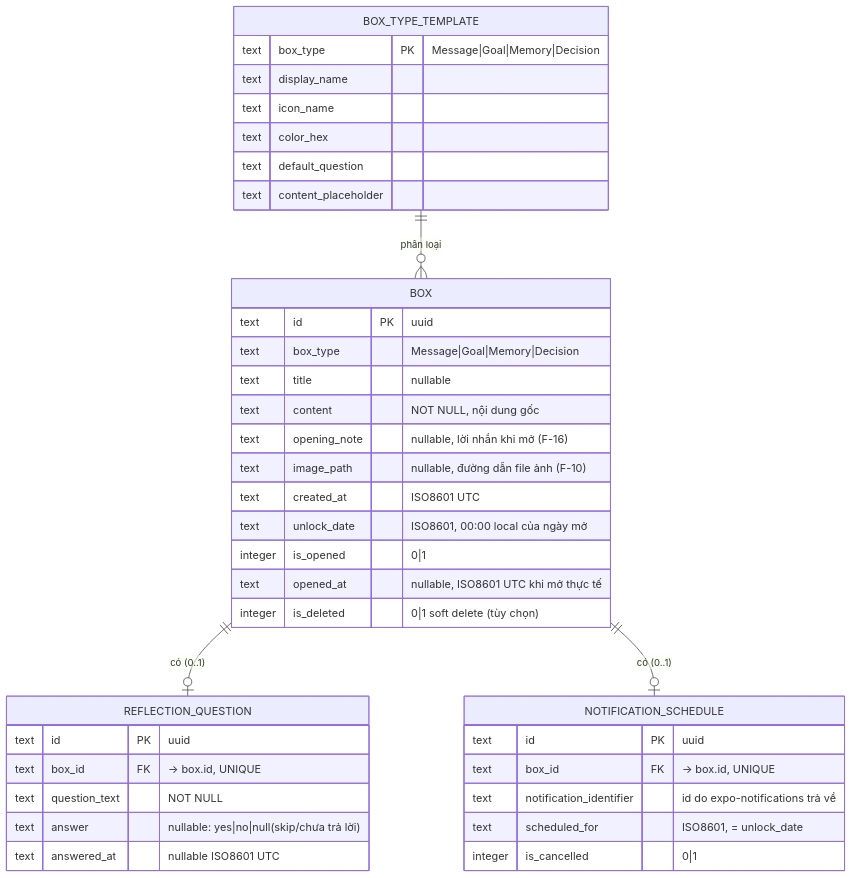
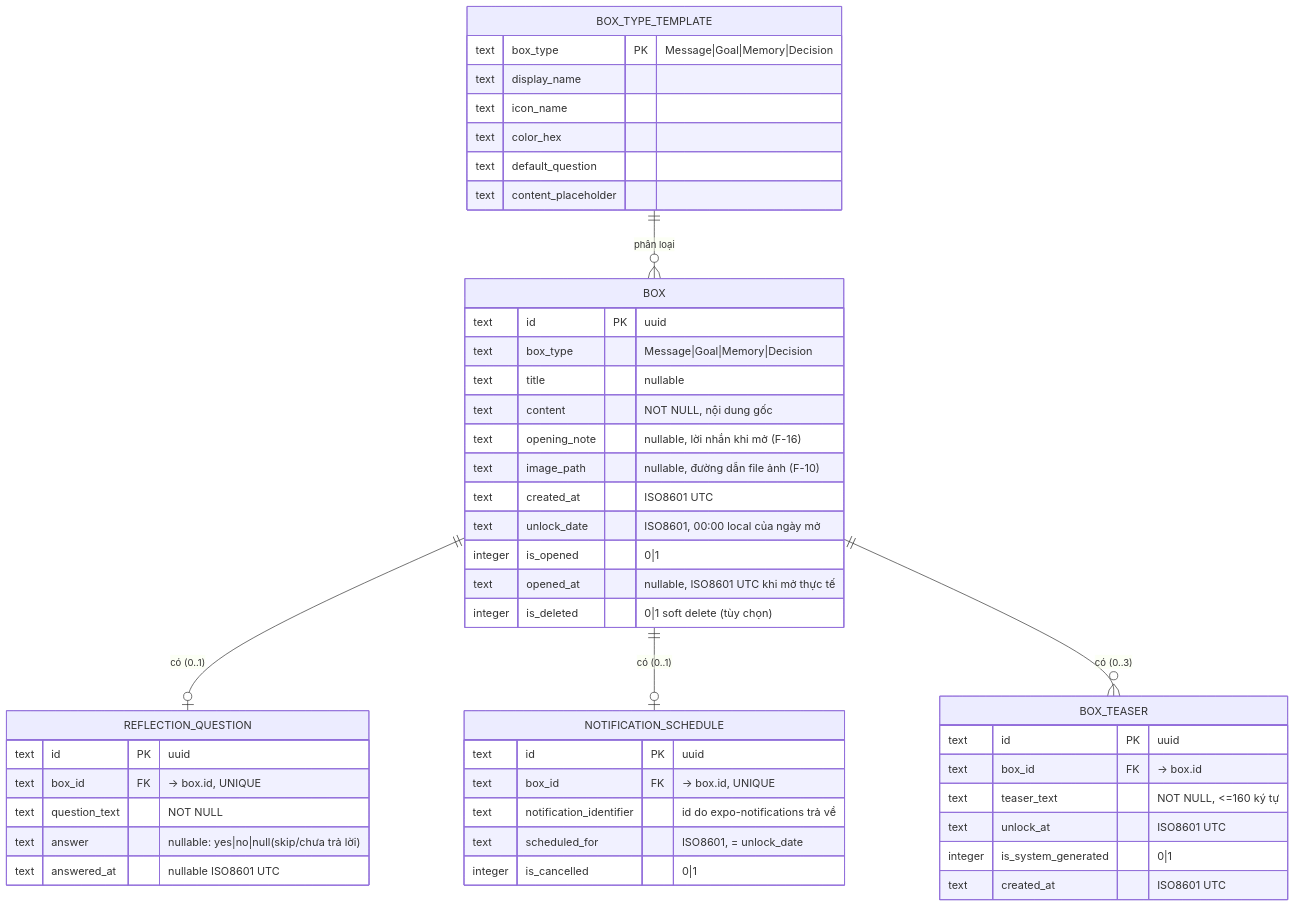
The first of 2 diagrams in design/database/schema.md (datngyn95/future_box_v1), drawn with Mermaid before and after one commit. The commit also changed other lines of this file and 9 other files, not shown here.

First line of the commit message:
feat(teaser): F-30 Mystery Teaser — box_teaser table + create/locked/home UI

````diff
--- a/design/database/schema.md
+++ b/design/database/schema.md
@@ -79,45 +80,55 @@
 ```mermaid
 erDiagram
     BOX ||--o| REFLECTION_QUESTION : "có (0..1)"
     BOX ||--o| NOTIFICATION_SCHEDULE : "có (0..1)"
+    BOX ||--o{ BOX_TEASER : "có (0..3)"
     BOX_TYPE_TEMPLATE ||--o{ BOX : "phân loại"
 
     BOX {
         text id PK "uuid"
         text box_type "Message|Goal|Memory|Decision"
         text title "nullable"
         text content "NOT NULL, nội dung gốc"
         text opening_note "nullable, lời nhắn khi mở (F-16)"
         text image_path "nullable, đường dẫn file ảnh (F-10)"
         text created_at "ISO8601 UTC"
         text unlock_date "ISO8601, 00:00 local của ngày mở"
         integer is_opened "0|1"
         text opened_at "nullable, ISO8601 UTC khi mở thực tế"
         integer is_deleted "0|1 soft delete (tùy chọn)"
     }
 
     REFLECTION_QUESTION {
         text id PK "uuid"
         text box_id FK "-> box.id, UNIQUE"
         text question_text "NOT NULL"
         text answer "nullable: yes|no|null(skip/chưa trả lời)"
         text answered_at "nullable ISO8601 UTC"
     }
 
     NOTIFICATION_SCHEDULE {
         text id PK "uuid"
         text box_id FK "-> box.id, UNIQUE"
         text notification_identifier "id do expo-notifications trả về"
         text scheduled_for "ISO8601, = unlock_date"
         integer is_cancelled "0|1"
     }
 
+    BOX_TEASER {
+        text id PK "uuid"
+        text box_id FK "-> box.id"
+        text teaser_text "NOT NULL, <=160 ký tự"
+        text unlock_at "ISO8601 UTC"
+        integer is_system_generated "0|1"
+        text created_at "ISO8601 UTC"
+    }
+
     BOX_TYPE_TEMPLATE {
         text box_type PK "Message|Goal|Memory|Decision"
         text display_name
         text icon_name
         text color_hex
         text default_question
         text content_placeholder
     }
 ```
````
